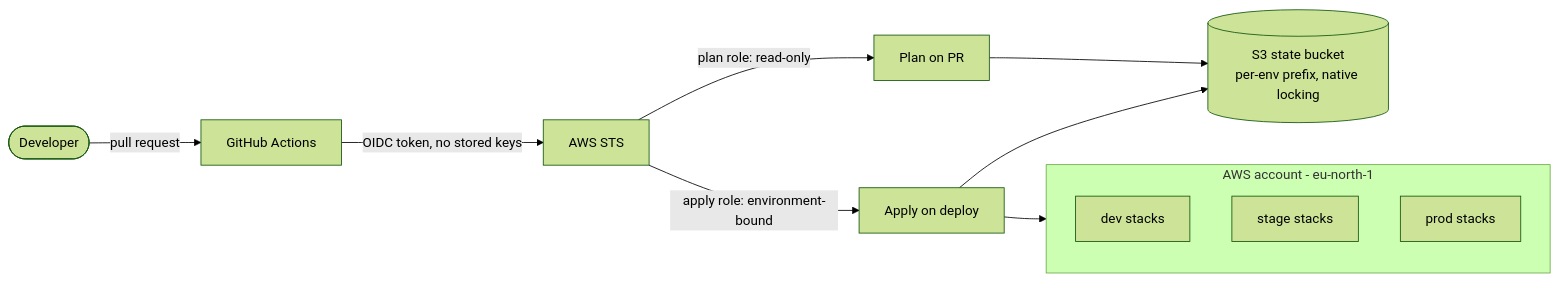
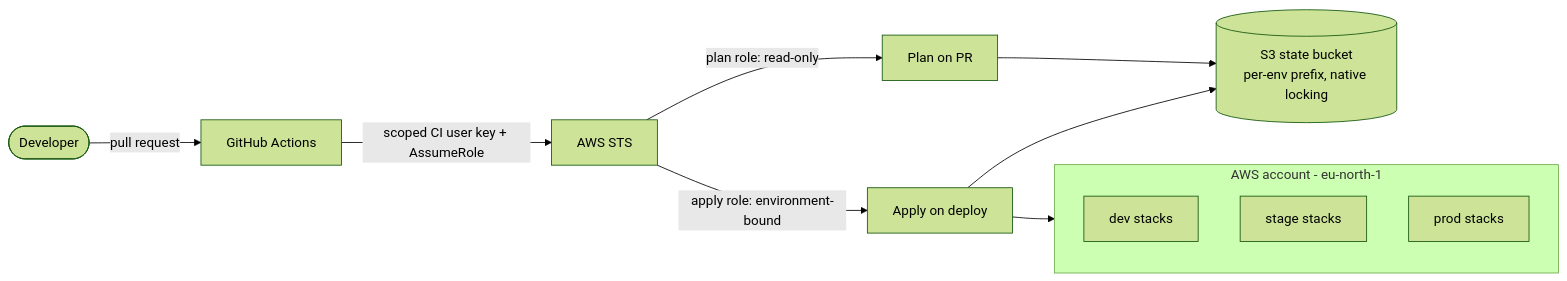
The first of 2 diagrams in README.md (princengcobo186-sketch/multi-env-infra), drawn with Mermaid (forest theme) before and after one commit. The commit also changed other lines of this file and 2 other files, not shown here.

Commit message:
docs: document scoped CI users, key rotation and why OIDC is not used

````diff
--- a/README.md
+++ b/README.md
@@ -30,15 +33,15 @@
 ```mermaid
 flowchart LR
     dev([Developer]) -->|pull request| gh[GitHub Actions]
-    gh -->|OIDC token, no stored keys| sts[AWS STS]
+    gh -->|scoped CI user key + AssumeRole| sts[AWS STS]
     sts -->|plan role: read-only| plan[Plan on PR]
     sts -->|apply role: environment-bound| apply[Apply on deploy]
     plan & apply --> state[(S3 state bucket<br/>per-env prefix, native locking)]
     apply --> acct
     subgraph acct[AWS account - eu-north-1]
         direction TB
         e1[dev stacks]
         e2[stage stacks]
         e3[prod stacks]
     end
 ```
````
